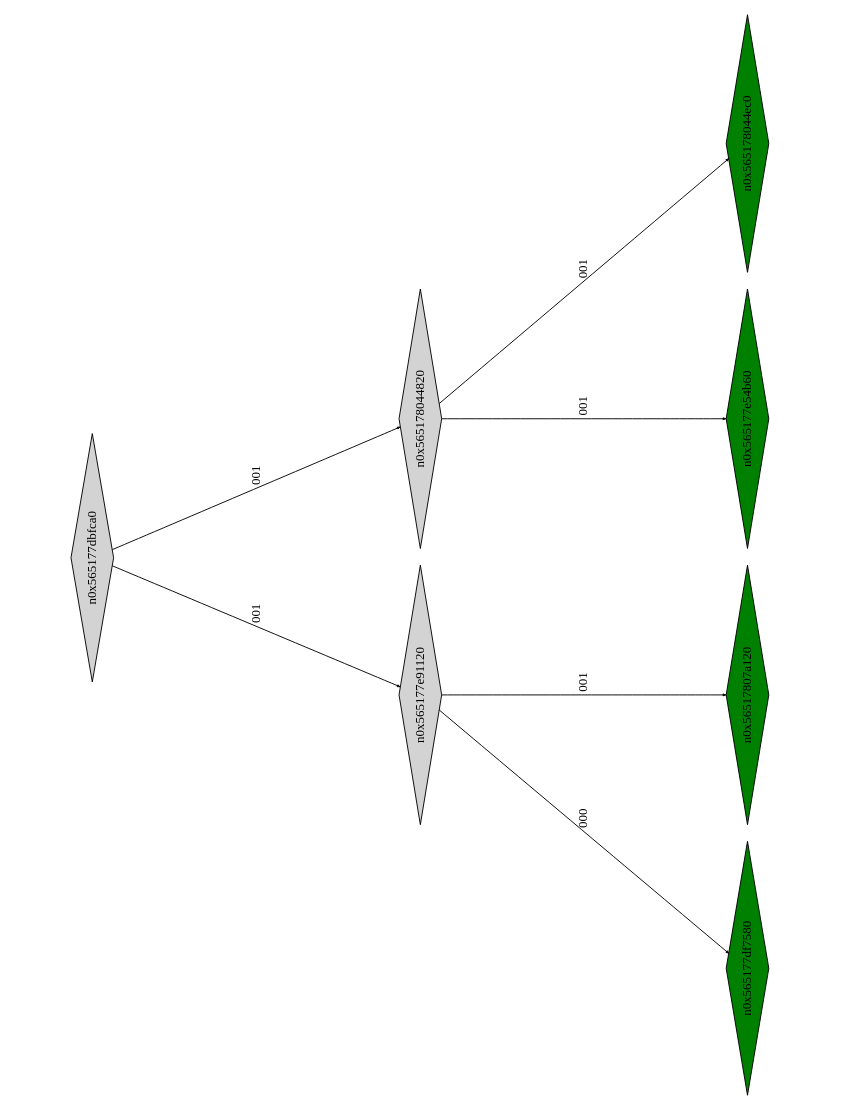
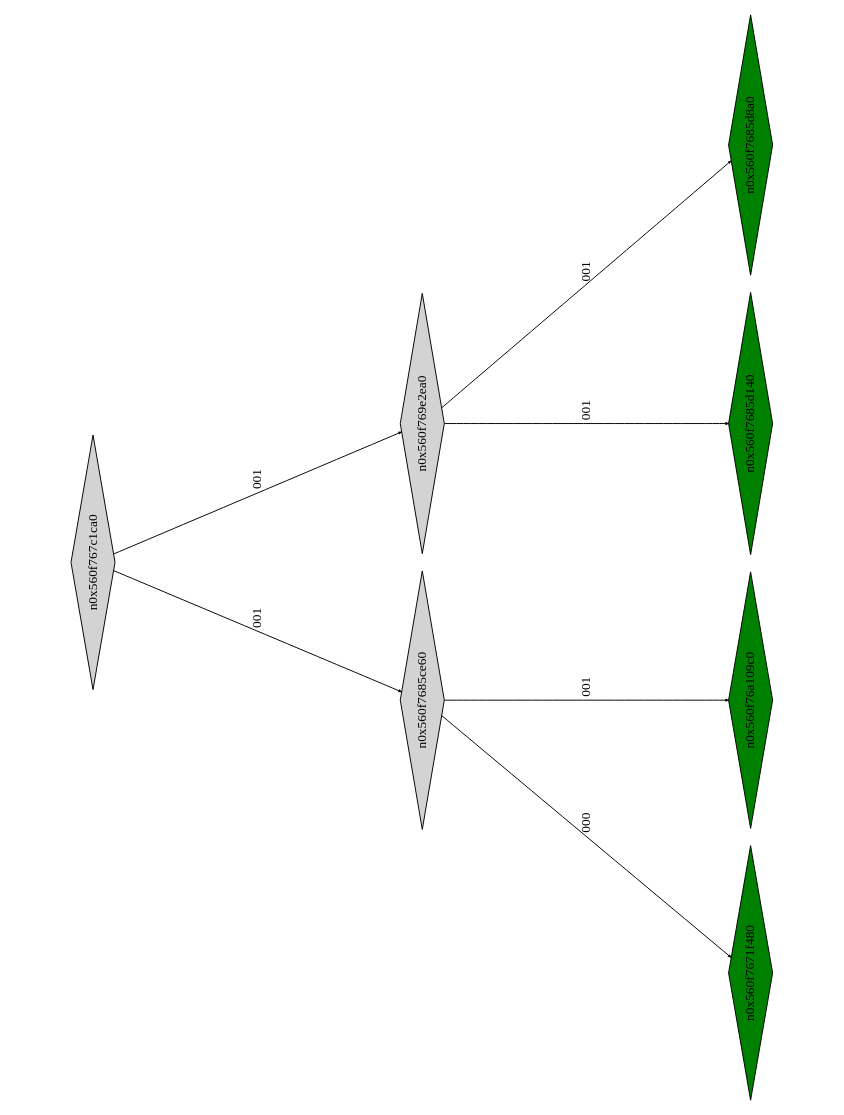
Before and after one commit to Research-Tools-PAVT/PSE-Program-Examples: the diagram in montyhall_klee_out/ptree_00001039.dot, drawn with Graphviz. The commit also changed 36 other files, not shown here.

```diff
--- a/montyhall_klee_out/ptree_00001039.dot
+++ b/montyhall_klee_out/ptree_00001039.dot
@@ -1,21 +1,21 @@
 digraph G {
 	size="10,7.5";
 	ratio=fill;
 	rotate=90;
 	center = "true";
 	node [style="filled",width=.1,height=.1,fontname="Terminus"]
 	edge [arrowsize=.3]
-	n0x565177dbfca0 [shape=diamond];
-	n0x565177dbfca0 -> n0x565177e91120 [label=001];
-	n0x565177dbfca0 -> n0x565178044820 [label=001];
-	n0x565178044820 [shape=diamond];
-	n0x565178044820 -> n0x565177e54b60 [label=001];
-	n0x565178044820 -> n0x565178044ec0 [label=001];
-	n0x565178044ec0 [shape=diamond,fillcolor=green];
-	n0x565177e54b60 [shape=diamond,fillcolor=green];
-	n0x565177e91120 [shape=diamond];
-	n0x565177e91120 -> n0x565177df7580 [label=000];
-	n0x565177e91120 -> n0x56517807a120 [label=001];
-	n0x56517807a120 [shape=diamond,fillcolor=green];
-	n0x565177df7580 [shape=diamond,fillcolor=green];
+	n0x560f767c1ca0 [shape=diamond];
+	n0x560f767c1ca0 -> n0x560f7685ce60 [label=001];
+	n0x560f767c1ca0 -> n0x560f769e2ea0 [label=001];
+	n0x560f769e2ea0 [shape=diamond];
+	n0x560f769e2ea0 -> n0x560f7685d140 [label=001];
+	n0x560f769e2ea0 -> n0x560f7685d8a0 [label=001];
+	n0x560f7685d8a0 [shape=diamond,fillcolor=green];
+	n0x560f7685d140 [shape=diamond,fillcolor=green];
+	n0x560f7685ce60 [shape=diamond];
+	n0x560f7685ce60 -> n0x560f7671f480 [label=000];
+	n0x560f7685ce60 -> n0x560f76a109c0 [label=001];
+	n0x560f76a109c0 [shape=diamond,fillcolor=green];
+	n0x560f7671f480 [shape=diamond,fillcolor=green];
 }
```
